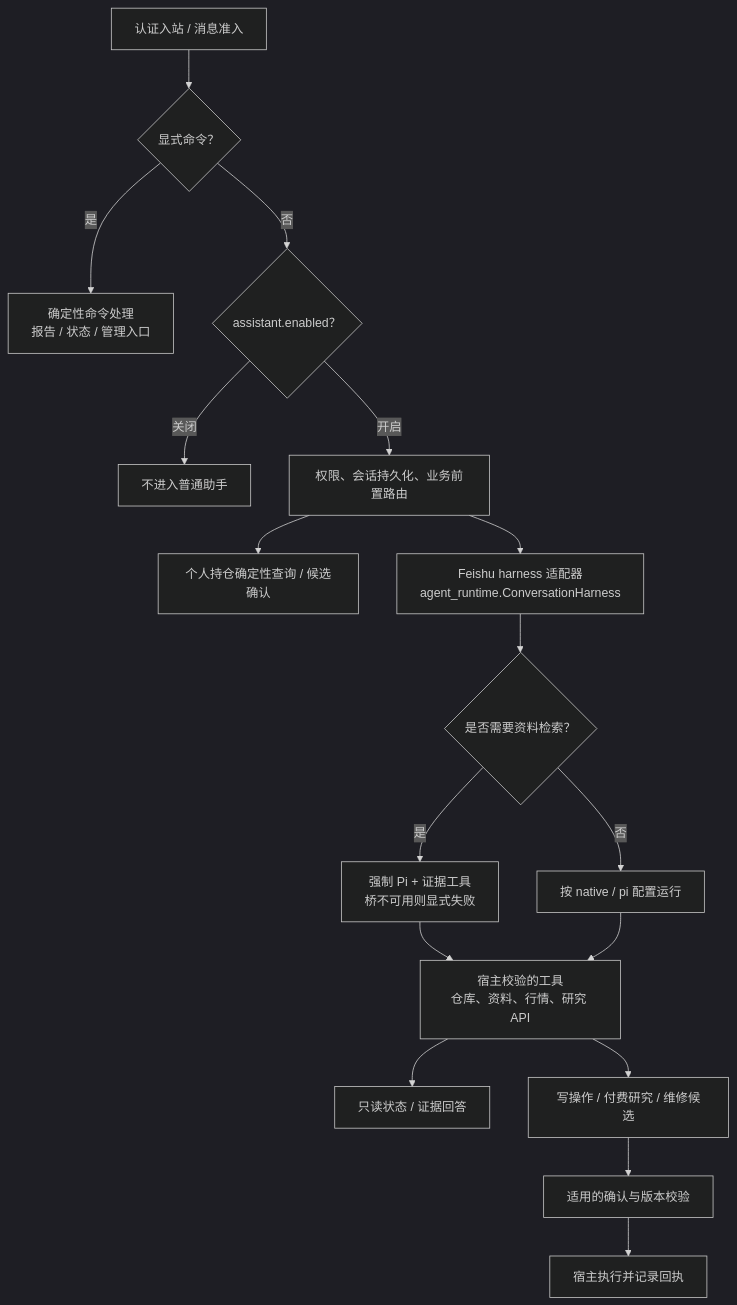
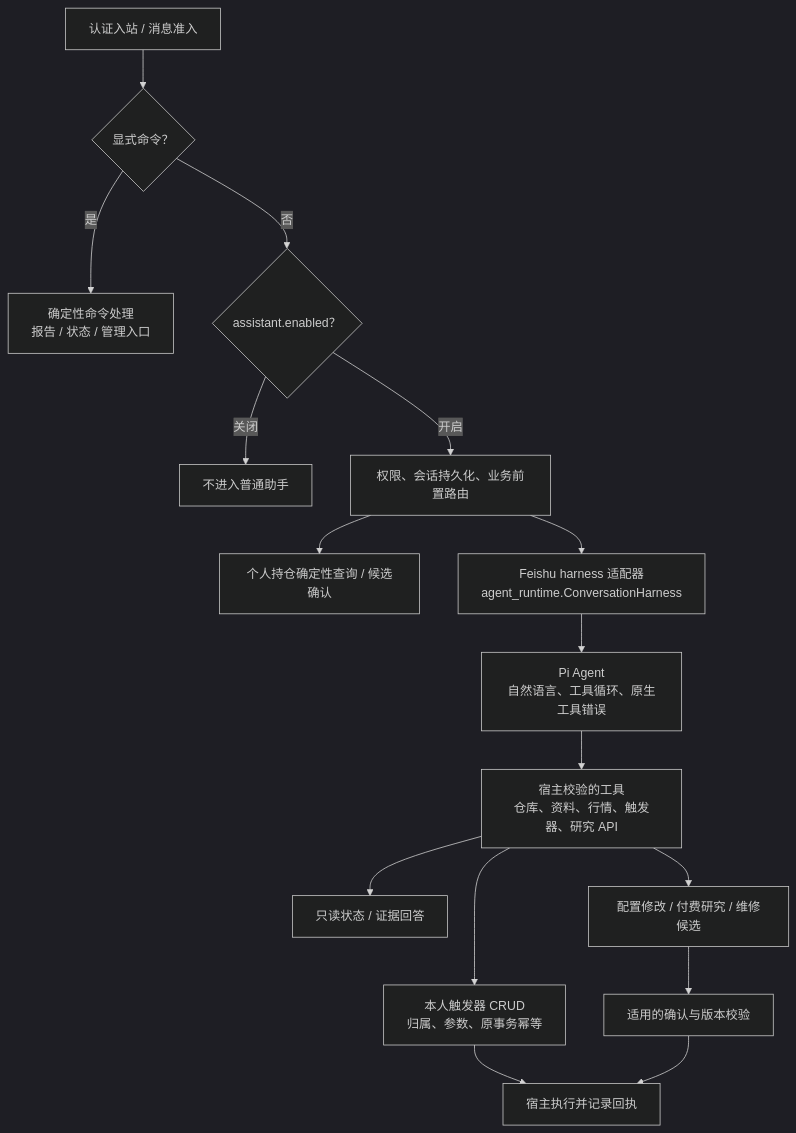
One commit to Saltflow/trade_eyes_keeper changed the third of 7 diagrams in docs/architecture_overview.md. Above: the diagram before and after it, drawn with Mermaid (dark theme). The commit also changed other lines of this file, not shown here.

Commit message:
docs: align Pi architecture with production (v1.23.1 架构图)

````diff
--- a/docs/architecture_overview.md
+++ b/docs/architecture_overview.md
@@ -117,19 +119,18 @@
 ```mermaid
 flowchart TB
     IN["认证入站 / 消息准入"] --> CMD{"显式命令？"}
     CMD -->|是| COMMAND["确定性命令处理<br/>报告 / 状态 / 管理入口"]
     CMD -->|否| ENABLE{"assistant.enabled？"}
     ENABLE -->|关闭| STOP["不进入普通助手"]
     ENABLE -->|开启| POLICY["权限、会话持久化、业务前置路由"]
     POLICY --> PERSONAL["个人持仓确定性查询 / 候选确认"]
     POLICY --> HARNESS["Feishu harness 适配器<br/>agent_runtime.ConversationHarness"]
-    HARNESS --> ROUTE{"是否需要资料检索？"}
-    ROUTE -->|是| PI["强制 Pi + 证据工具<br/>桥不可用则显式失败"]
-    ROUTE -->|否| BACKEND["按 native / pi 配置运行"]
-    PI --> TOOLS["宿主校验的工具<br/>仓库、资料、行情、研究 API"]
-    BACKEND --> TOOLS
+    HARNESS --> PI["Pi Agent<br/>自然语言、工具循环、原生工具错误"]
+    PI --> TOOLS["宿主校验的工具<br/>仓库、资料、行情、触发器、研究 API"]
     TOOLS --> READ["只读状态 / 证据回答"]
-    TOOLS --> PROPOSAL["写操作 / 付费研究 / 维修候选"]
+    TOOLS --> TRIGGER["本人触发器 CRUD<br/>归属、参数、原事务幂等"]
+    TRIGGER --> EXEC["宿主执行并记录回执"]
+    TOOLS --> PROPOSAL["配置修改 / 付费研究 / 维修候选"]
     PROPOSAL --> CONFIRM["适用的确认与版本校验"]
-    CONFIRM --> EXEC["宿主执行并记录回执"]
+    CONFIRM --> EXEC
 ```
````
